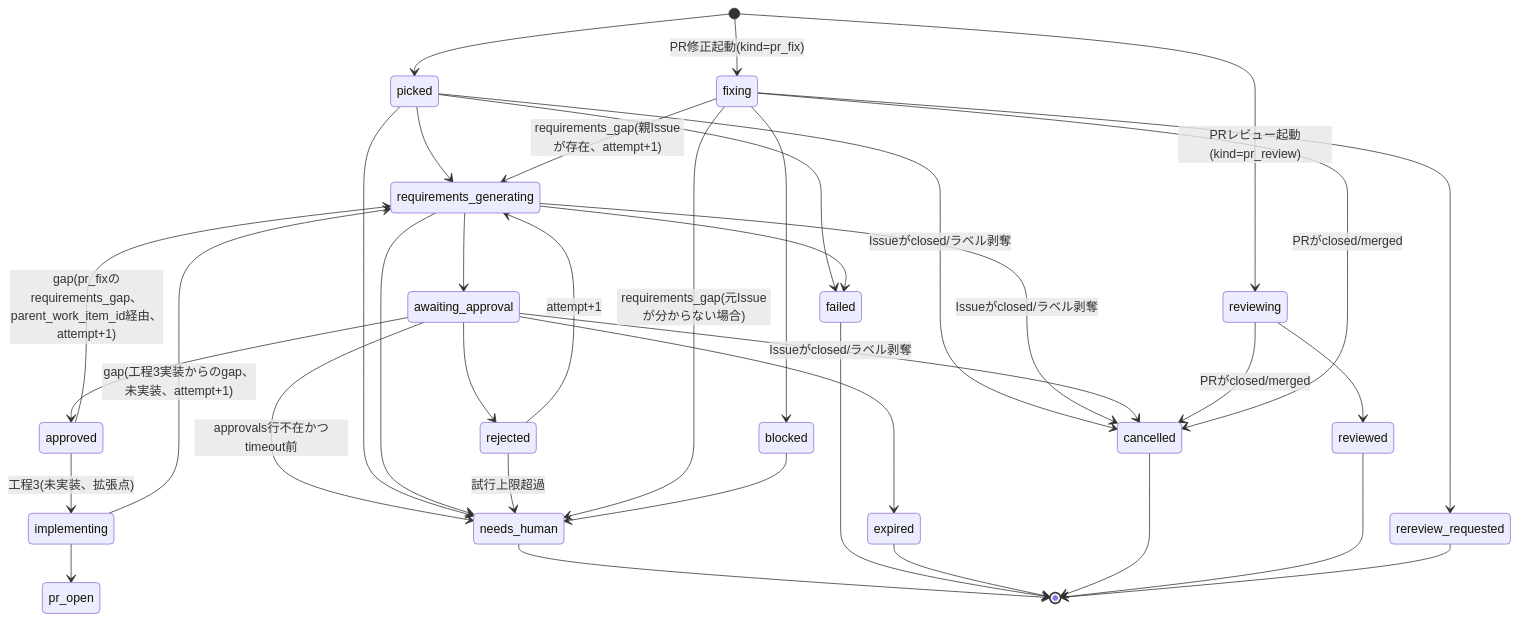
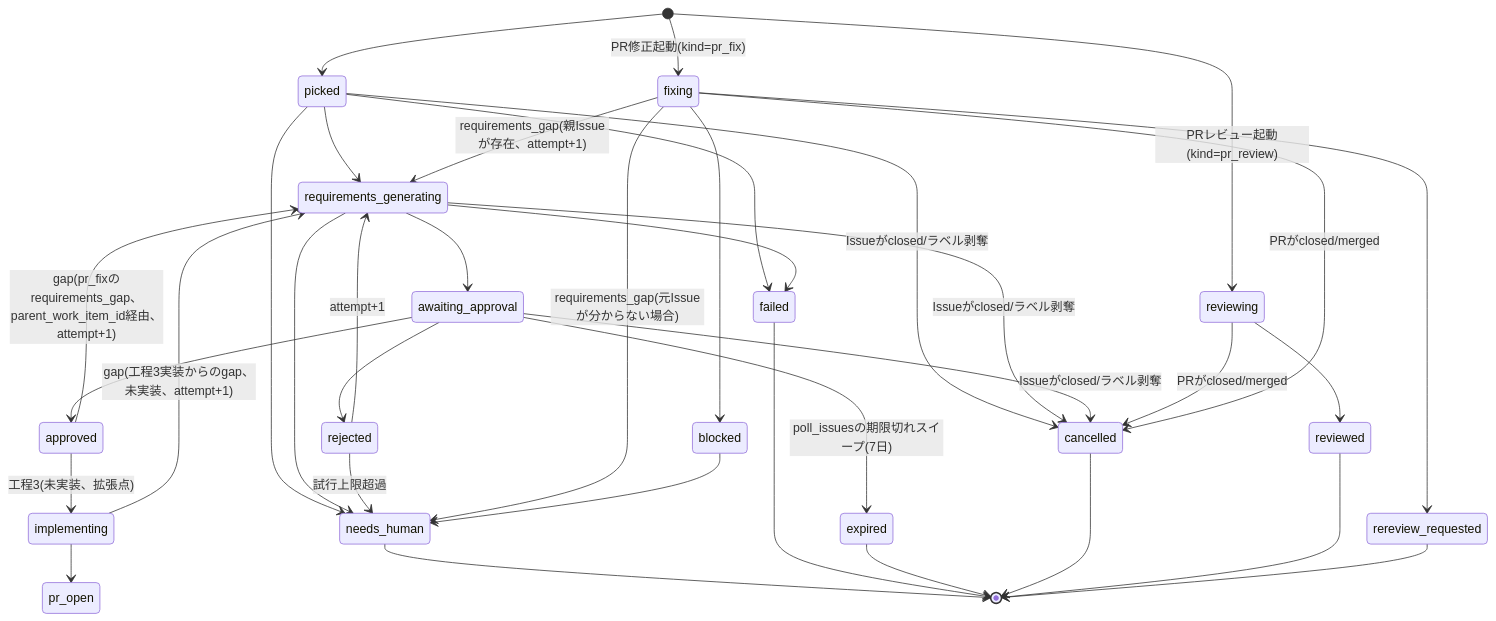
One commit to u-stem/atelier-works changed the second of 2 diagrams in docs/architecture.md. Above: the diagram before and after it, drawn with Mermaid. The commit also changed other lines of this file and 48 other files, not shown here.

````diff
--- a/docs/architecture.md
+++ b/docs/architecture.md
@@ -49,39 +50,38 @@
 ```mermaid
 stateDiagram-v2
     [*] --> picked
     picked --> requirements_generating
     requirements_generating --> awaiting_approval
     awaiting_approval --> approved
     awaiting_approval --> rejected
     rejected --> requirements_generating: attempt+1
-    awaiting_approval --> expired
-    awaiting_approval --> needs_human: approvals行不在かつtimeout前
+    awaiting_approval --> expired: poll_issuesの期限切れスイープ(7日)
     picked --> needs_human
     requirements_generating --> needs_human
     rejected --> needs_human: 試行上限超過
     picked --> failed
     requirements_generating --> failed
     picked --> cancelled: Issueがclosed/ラベル剥奪
     requirements_generating --> cancelled: Issueがclosed/ラベル剥奪
     awaiting_approval --> cancelled: Issueがclosed/ラベル剥奪
     approved --> implementing: 工程3(未実装、拡張点)
     implementing --> requirements_generating: gap(工程3実装からのgap、未実装、attempt+1)
     implementing --> pr_open
     approved --> requirements_generating: gap(pr_fixのrequirements_gap、parent_work_item_id経由、attempt+1)
     [*] --> reviewing: PRレビュー起動(kind=pr_review)
     reviewing --> reviewed
     reviewing --> cancelled: PRがclosed/merged
     [*] --> fixing: PR修正起動(kind=pr_fix)
     fixing --> rereview_requested
     fixing --> blocked
     fixing --> requirements_generating: requirements_gap(親Issueが存在、attempt+1)
     fixing --> needs_human: requirements_gap(元Issueが分からない場合)
     fixing --> cancelled: PRがclosed/merged
     blocked --> needs_human
     needs_human --> [*]
     failed --> [*]
     expired --> [*]
     cancelled --> [*]
     reviewed --> [*]
     rereview_requested --> [*]
 ```
````
